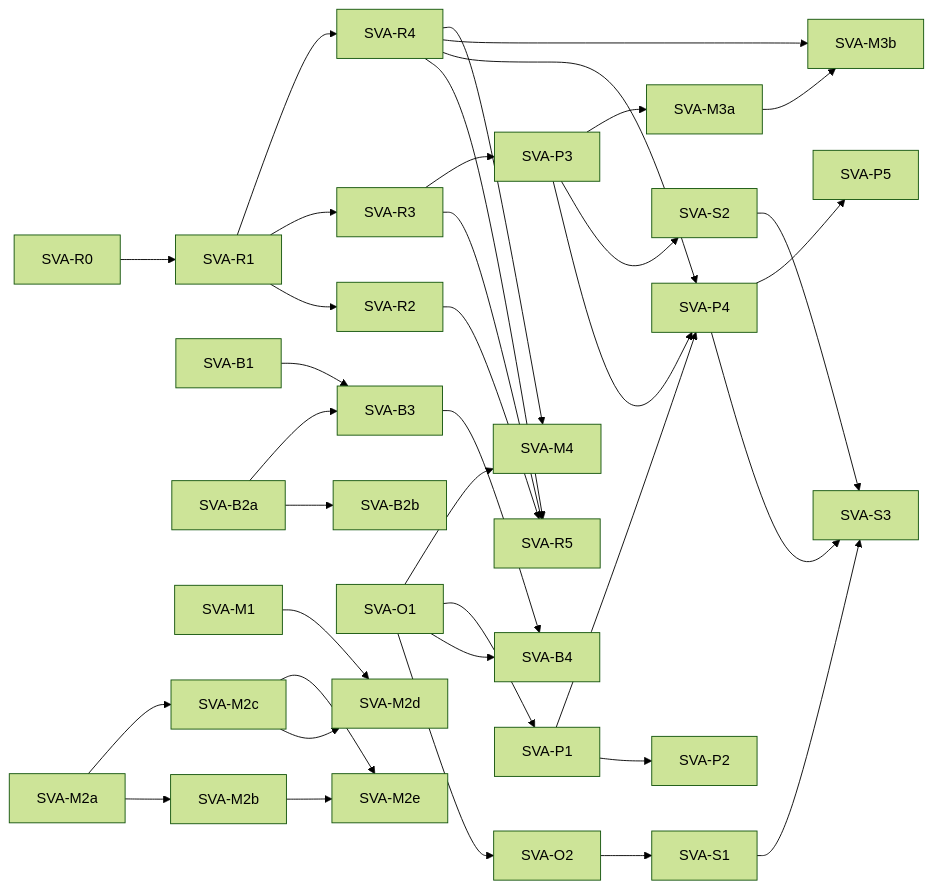
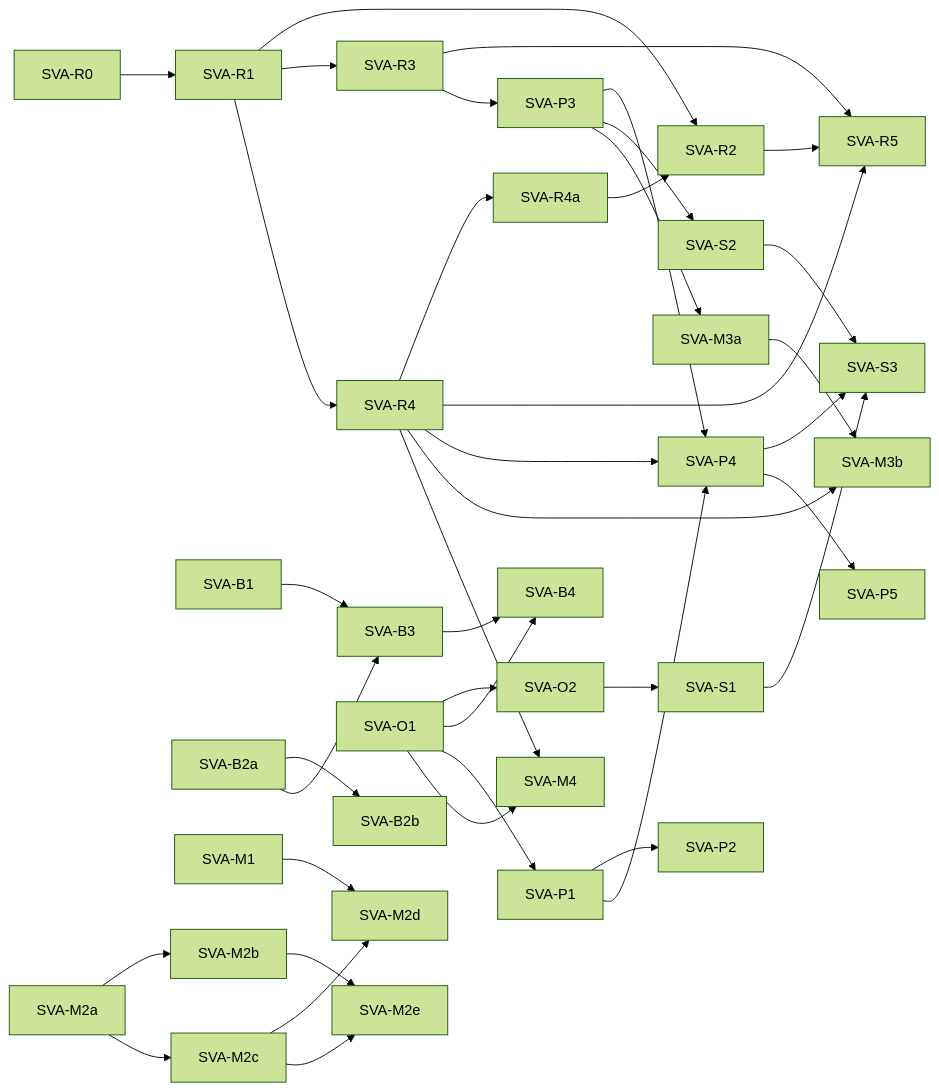
One commit to nebularis/lattice changed the diagram in docs/developer/plans/studio-visual-authoring.md. Above: the diagram before and after it, drawn with Mermaid (forest theme). The commit also changed other lines of this file and 15 other files, not shown here.

````diff
--- a/docs/developer/plans/studio-visual-authoring.md
+++ b/docs/developer/plans/studio-visual-authoring.md
@@ -130,39 +131,41 @@
 ```mermaid
 flowchart LR
     R0["SVA-R0"] --> R1["SVA-R1"]
     R1 --> R2["SVA-R2"]
     R1 --> R3["SVA-R3"]
     R1 --> R4["SVA-R4"]
+    R4 --> R4a["SVA-R4a"]
+    R4a --> R2
     R2 --> R5["SVA-R5"]
     R3 --> R5
     R4 --> R5
     B1["SVA-B1"] --> B3["SVA-B3"]
     B2a["SVA-B2a"] --> B2b["SVA-B2b"]
     B2a --> B3
     B3 --> B4["SVA-B4"]
     O1["SVA-O1"] --> O2["SVA-O2"]
     O1 --> B4
     O1 --> P1["SVA-P1"]
     O1 --> M4["SVA-M4"]
     O2 --> S1["SVA-S1"]
     P1 --> P2["SVA-P2"]
     R3 --> P3["SVA-P3"]
     P3 --> P4["SVA-P4"]
     P1 --> P4
     R4 --> P4
     P3 --> S2["SVA-S2"]
     S1 --> S3["SVA-S3"]
     S2 --> S3
     P4 --> S3
     P4 --> P5["SVA-P5"]
     M1["SVA-M1"] --> M2d["SVA-M2d"]
     M2a["SVA-M2a"] --> M2b["SVA-M2b"]
     M2a --> M2c["SVA-M2c"]
     M2c --> M2d
     M2b --> M2e["SVA-M2e"]
     M2c --> M2e
     P3 --> M3a["SVA-M3a"]
     M3a --> M3b["SVA-M3b"]
     R4 --> M3b
     R4 --> M4
 ```
````
